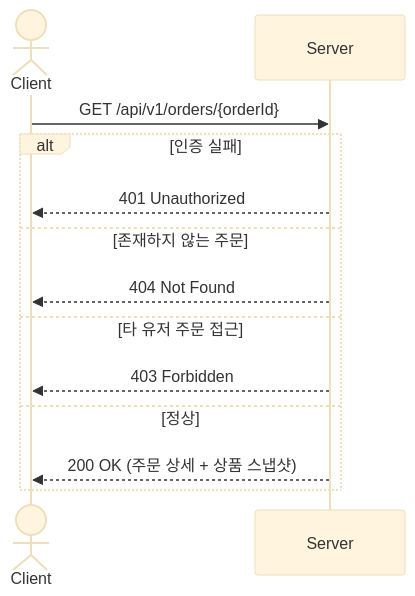
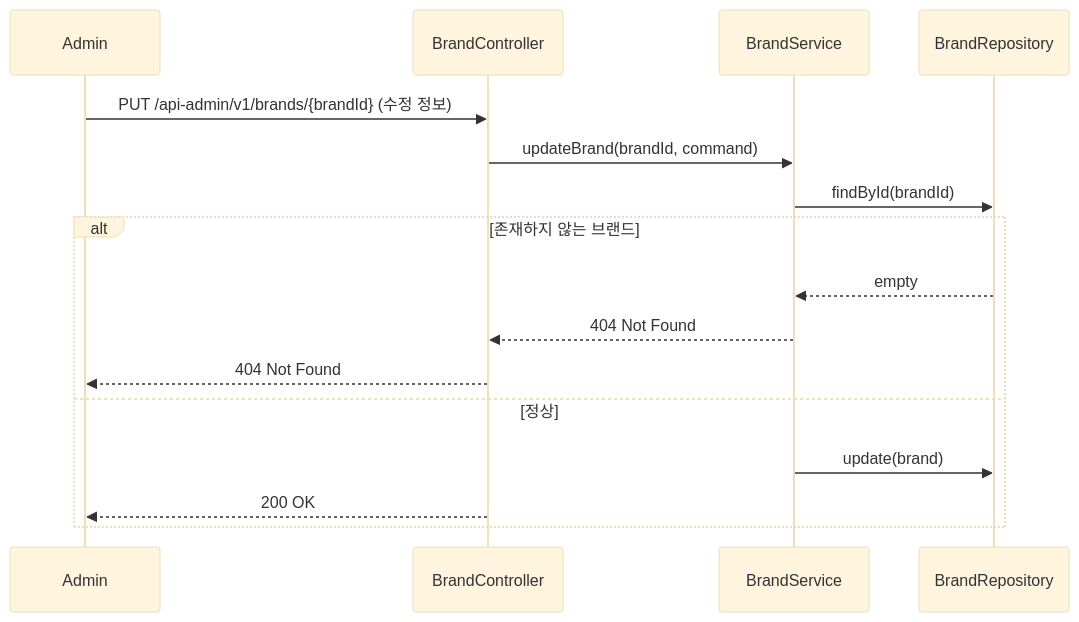
One commit to loopers-labs/loop-pack-be-l2-vol4-java changed the ninth of 34 diagrams in .docs/design/sequence-diagrams.md. Above: the diagram before and after it, drawn with Mermaid (base theme). The commit also changed other lines of this file and 1 other file, not shown here.

Commit message:
fix: 관리자 모듈 지우고 각 브랜드&상품-어드민, 주문-어드민으로 분리 브랜드&상품 누락 유스케이스 추가 어드민 권한 확인 로직 main flow 에 추가

````diff
--- a/.docs/design/sequence-diagrams.md
+++ b/.docs/design/sequence-diagrams.md
@@ -219,16 +206,20 @@
 ```mermaid
 sequenceDiagram
-    actor Client
-    participant Server
+    participant Admin
+    participant BrandController
+    participant BrandService
+    participant BrandRepository
 
-    Client->>Server: GET /api/v1/orders/{orderId}
-    alt 인증 실패
-        Server-->>Client: 401 Unauthorized
-    else 존재하지 않는 주문
-        Server-->>Client: 404 Not Found
-    else 타 유저 주문 접근
-        Server-->>Client: 403 Forbidden
+    Admin->>BrandController: PUT /api-admin/v1/brands/{brandId} (수정 정보)
+    BrandController->>BrandService: updateBrand(brandId, command)
+    BrandService->>BrandRepository: findById(brandId)
+
+    alt 존재하지 않는 브랜드
+        BrandRepository-->>BrandService: empty
+        BrandService-->>BrandController: 404 Not Found
+        BrandController-->>Admin: 404 Not Found
     else 정상
-        Server-->>Client: 200 OK (주문 상세 + 상품 스냅샷)
+        BrandService->>BrandRepository: update(brand)
+        BrandController-->>Admin: 200 OK
     end
 ```
````
